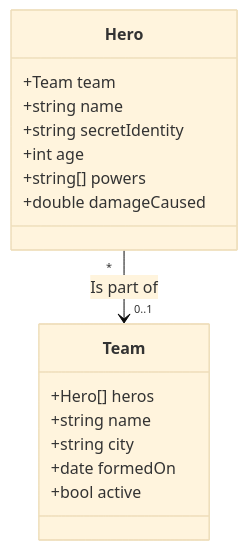
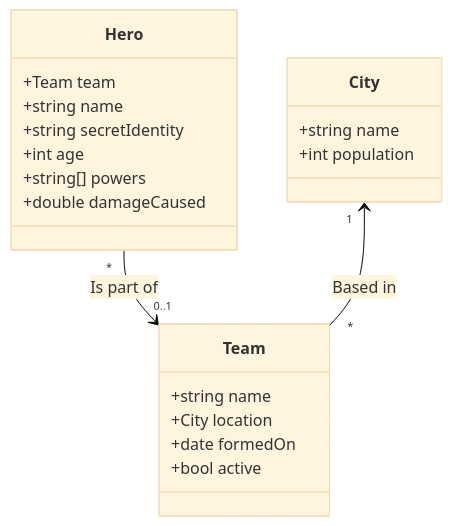
One commit to ChemeketaCS/cs290DemoPlayground changed the diagram in DataDocumentation.md. Above: the diagram before and after it, drawn with Mermaid (base theme). The commit also changed other lines of this file, not shown here.

Commit message:
Update DataDocumentation.md for week 7

````diff
--- a/DataDocumentation.md
+++ b/DataDocumentation.md
@@ -5,21 +5,26 @@
 ```mermaid
 classDiagram
     class Team {
-      +Hero[] heros
       +string name
-      +string city
+      +City location
       +date formedOn
       +bool active
     }
 
     class Hero {
       +Team team
       +string name
       +string secretIdentity
       +int age
       +string[] powers
       +double damageCaused
     }
 
+    class City {
+      +string name
+      +int population
+    }
+
     Hero "*" --> "0..1" Team : Is part of
+    City "1" <-- "*" Team : Based in
 ```
````
